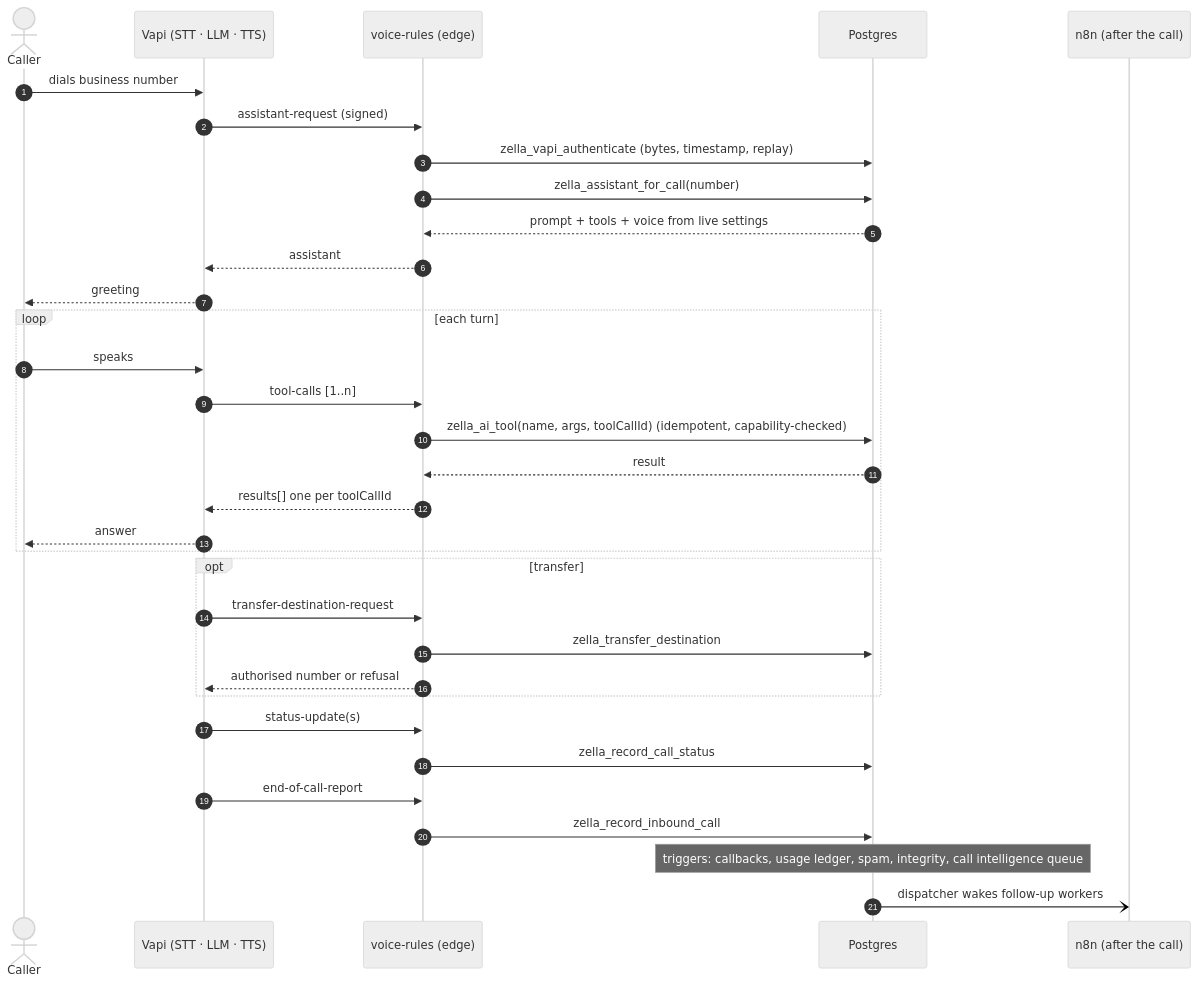
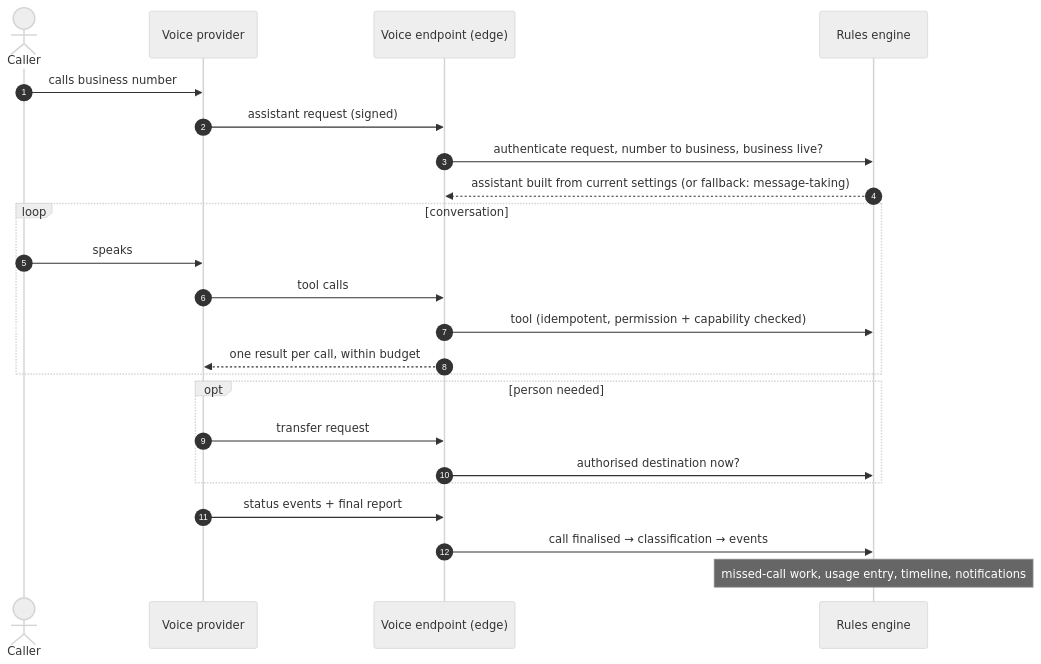
The seventh of 14 diagrams in docs/ARCHITECTURE.md (singhdhruv525-source/Zella-AI), drawn with Mermaid (neutral theme) before and after one commit. The commit also changed other lines of this file and 1 other file, not shown here.

````diff
--- a/docs/ARCHITECTURE.md
+++ b/docs/ARCHITECTURE.md
@@ -407,35 +557,25 @@
 ```mermaid
 sequenceDiagram
   autonumber
   actor C as Caller
-  participant V as Vapi (STT · LLM · TTS)
-  participant E as voice-rules (edge)
-  participant DB as Postgres
-  participant N as n8n (after the call)
-  C->>V: dials business number
-  V->>E: assistant-request (signed)
-  E->>DB: zella_vapi_authenticate (bytes, timestamp, replay)
-  E->>DB: zella_assistant_for_call(number)
-  DB-->>E: prompt + tools + voice from live settings
-  E-->>V: assistant
-  V-->>C: greeting
-  loop each turn
+  participant V as Voice provider
+  participant E as Voice endpoint (edge)
+  participant DB as Rules engine
+  C->>V: calls business number
+  V->>E: assistant request (signed)
+  E->>DB: authenticate request, number to business, business live?
+  DB-->>E: assistant built from current settings (or fallback: message-taking)
+  loop conversation
     C->>V: speaks
-    V->>E: tool-calls [1..n]
-    E->>DB: zella_ai_tool(name, args, toolCallId)  (idempotent, capability-checked)
-    DB-->>E: result
-    E-->>V: results[] one per toolCallId
-    V-->>C: answer
+    V->>E: tool calls
+    E->>DB: tool (idempotent, permission + capability checked)
+    E-->>V: one result per call, within budget
   end
-  opt transfer
-    V->>E: transfer-destination-request
-    E->>DB: zella_transfer_destination
-    E-->>V: authorised number or refusal
+  opt person needed
+    V->>E: transfer request
+    E->>DB: authorised destination now?
   end
-  V->>E: status-update(s)
-  E->>DB: zella_record_call_status
-  V->>E: end-of-call-report
-  E->>DB: zella_record_inbound_call
-  Note over DB: triggers: callbacks, usage ledger, spam, integrity, call intelligence queue
-  DB-)N: dispatcher wakes follow-up workers
+  V->>E: status events + final report
+  E->>DB: call finalised → classification → events
+  Note over DB: missed-call work, usage entry, timeline, notifications
 ```
````
